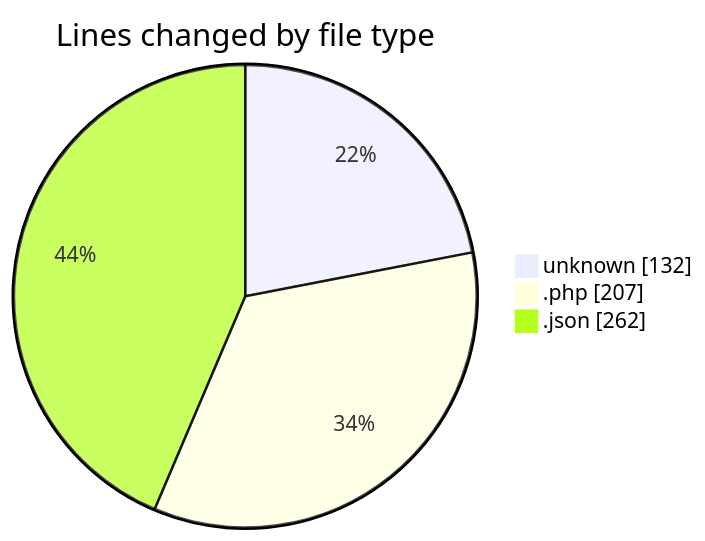
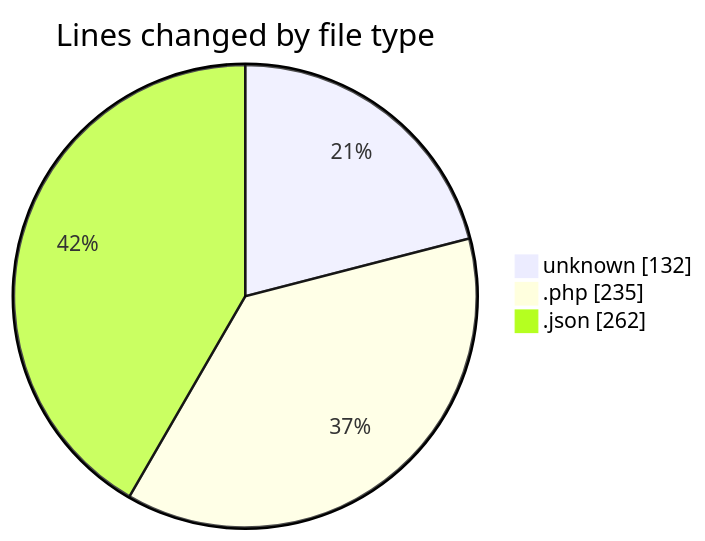
Before and after one commit to idhammustaqopulfikri/code-tracking: the first of 2 diagrams in 2025-11-13/futsal-recommender/README.md, drawn with Mermaid. The commit also changed other lines of this file and 1 other file, not shown here.

````diff
--- a/2025-11-13/futsal-recommender/README.md
+++ b/2025-11-13/futsal-recommender/README.md
@@ -24,7 +24,7 @@
 ```mermaid
 pie showData
 title Lines changed by file type
 "unknown" : 132
-".php" : 207
+".php" : 235
 ".json" : 262
 ```
````
